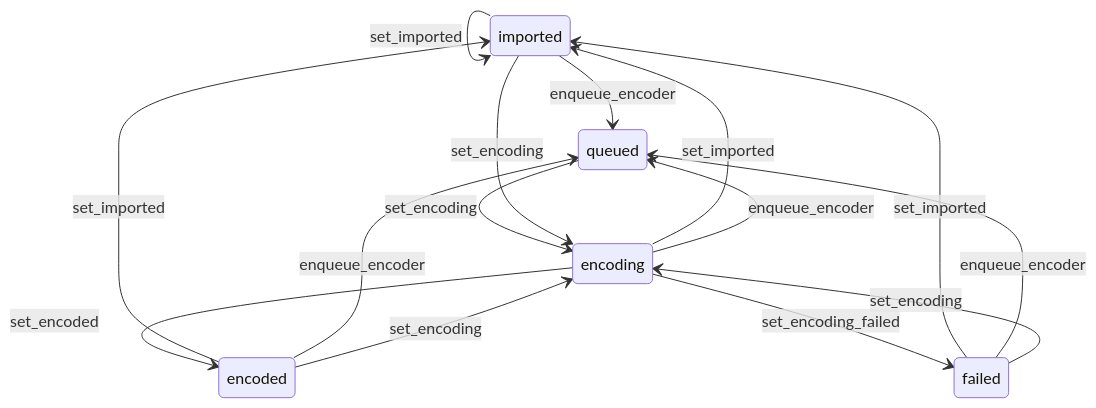
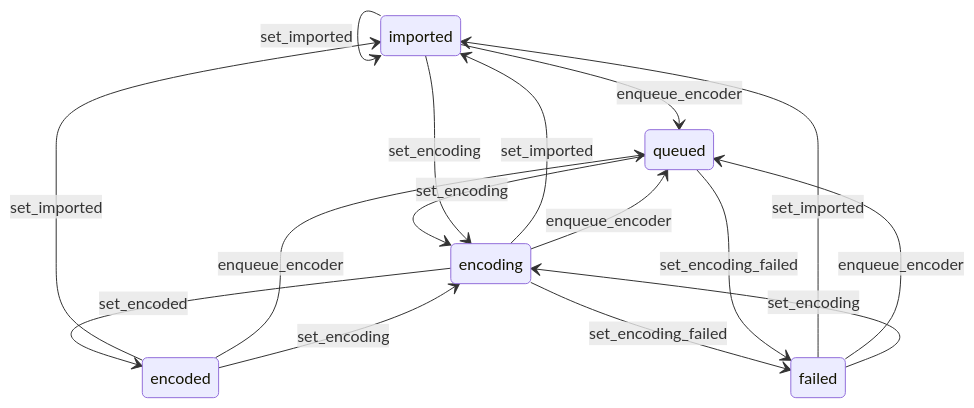
One commit to zebbra/data_aggregator changed the diagram in lib/data_aggregator/records/record/record-mermaid-flowchart.md. Above: the diagram before and after it, drawn with Mermaid. The commit also changed 55 other files, not shown here.

````diff
--- a/lib/data_aggregator/records/record/record-mermaid-flowchart.md
+++ b/lib/data_aggregator/records/record/record-mermaid-flowchart.md
@@ -1,17 +1,18 @@
 ```mermaid
 stateDiagram-v2
 imported --> imported: set_imported
 imported --> queued: enqueue_encoder
 queued --> encoding: set_encoding
 encoding --> imported: set_imported
 encoding --> queued: enqueue_encoder
 encoding --> encoded: set_encoded
 encoded --> imported: set_imported
 encoded --> queued: enqueue_encoder
 encoded --> encoding: set_encoding
 encoding --> failed: set_encoding_failed
 failed --> imported: set_imported
 failed --> queued: enqueue_encoder
 failed --> encoding: set_encoding
+queued --> failed: set_encoding_failed
 imported --> encoding: set_encoding
 ```
````
